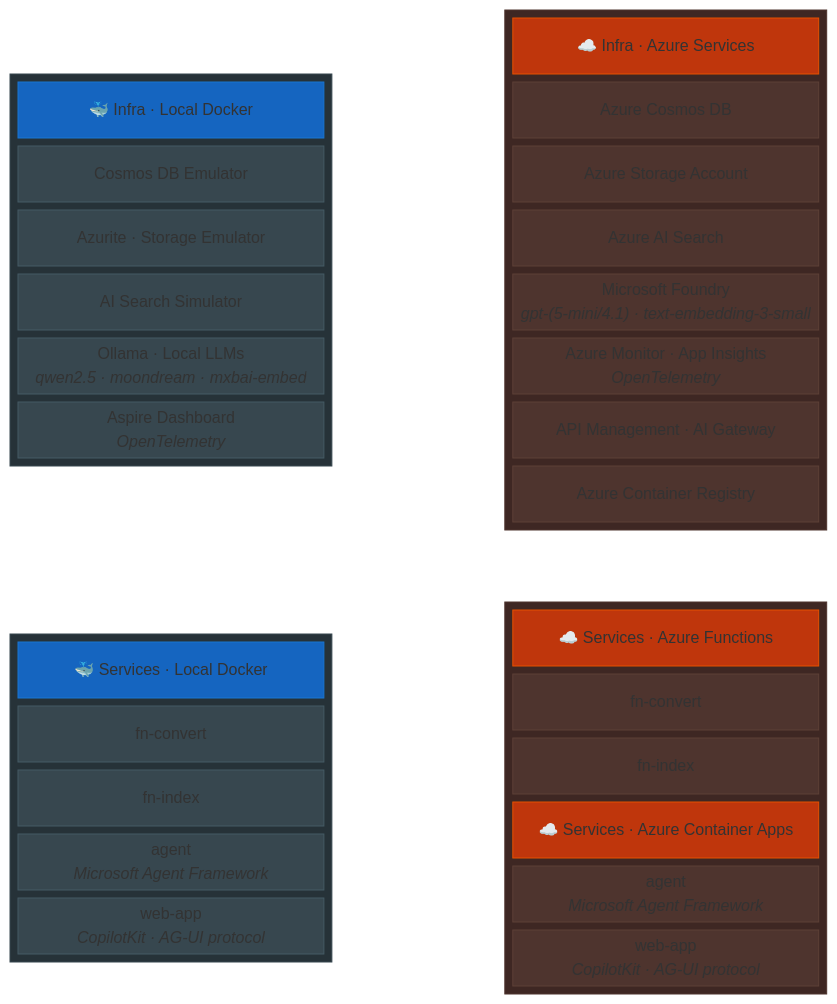
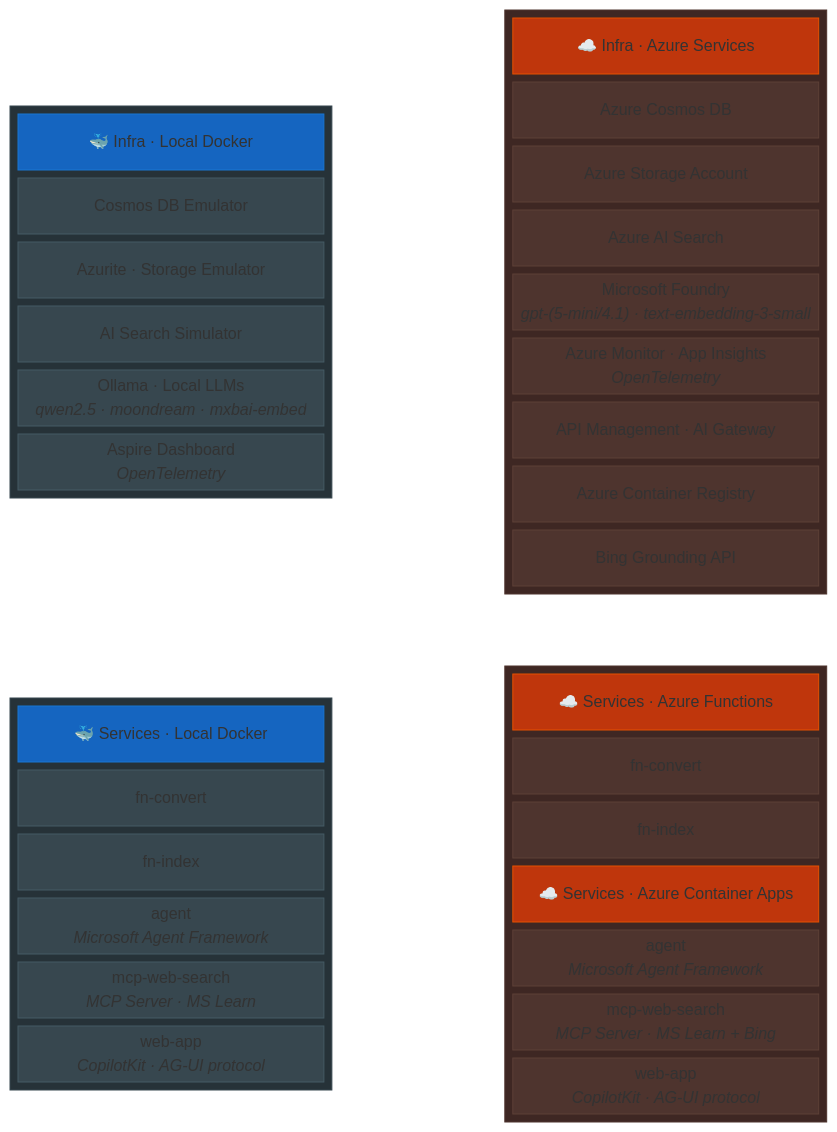
One commit to aldelar/context-aware-vision-grounded-kb-agent changed the first of 13 diagrams in README.md. Above: the diagram before and after it, drawn with Mermaid. The commit also changed other lines of this file and 7 other files, not shown here.

````diff
--- a/README.md
+++ b/README.md
@@ -48,6 +48,7 @@
     PI5["Azure Monitor · App Insights<br/><i>OpenTelemetry</i>"]
     PI6["API Management · AI Gateway"]
     PI7["Azure Container Registry"]
+    PI8["Bing Grounding API"]
   end
 
   block:DEV_SVC:2
@@ -56,6 +57,7 @@
     DS1["fn-convert"]
     DS2["fn-index"]
     DS3["agent<br/><i>Microsoft Agent Framework</i>"]
+    DS5["mcp-web-search<br/><i>MCP Server · MS Learn</i>"]
     DS4["web-app<br/><i>CopilotKit · AG-UI protocol</i>"]
   end
 
@@ -68,6 +70,7 @@
     PF2["fn-index"]
     PS_TITLE["☁️ Services · Azure Container Apps"]
     PS3["agent<br/><i>Microsoft Agent Framework</i>"]
+    PS5["mcp-web-search<br/><i>MCP Server · MS Learn + Bing</i>"]
     PS4["web-app<br/><i>CopilotKit · AG-UI protocol</i>"]
   end
 
@@ -95,14 +98,17 @@
   style PI5 fill:#4e342e,stroke:#5d4037,color:#efebe9
   style PI6 fill:#4e342e,stroke:#5d4037,color:#efebe9
   style PI7 fill:#4e342e,stroke:#5d4037,color:#efebe9
+  style PI8 fill:#4e342e,stroke:#5d4037,color:#efebe9
 
   style DS1 fill:#37474f,stroke:#455a64,color:#eceff1
   style DS2 fill:#37474f,stroke:#455a64,color:#eceff1
   style DS3 fill:#37474f,stroke:#455a64,color:#eceff1
   style DS4 fill:#37474f,stroke:#455a64,color:#eceff1
+  style DS5 fill:#37474f,stroke:#455a64,color:#eceff1
 
   style PF1 fill:#4e342e,stroke:#5d4037,color:#efebe9
   style PF2 fill:#4e342e,stroke:#5d4037,color:#efebe9
   style PS3 fill:#4e342e,stroke:#5d4037,color:#efebe9
   style PS4 fill:#4e342e,stroke:#5d4037,color:#efebe9
+  style PS5 fill:#4e342e,stroke:#5d4037,color:#efebe9
 ```
````
